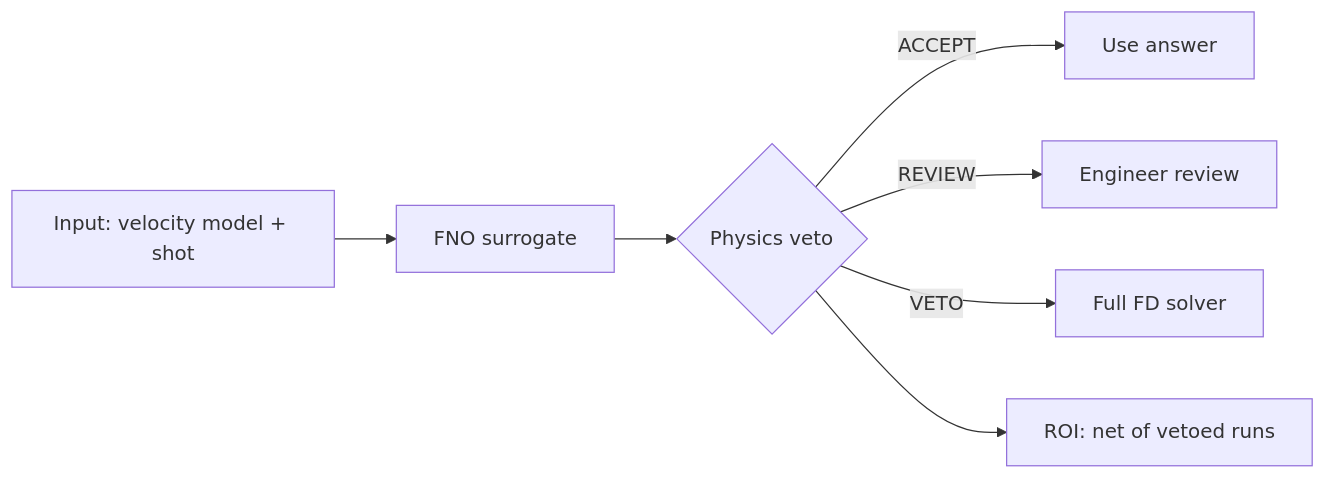
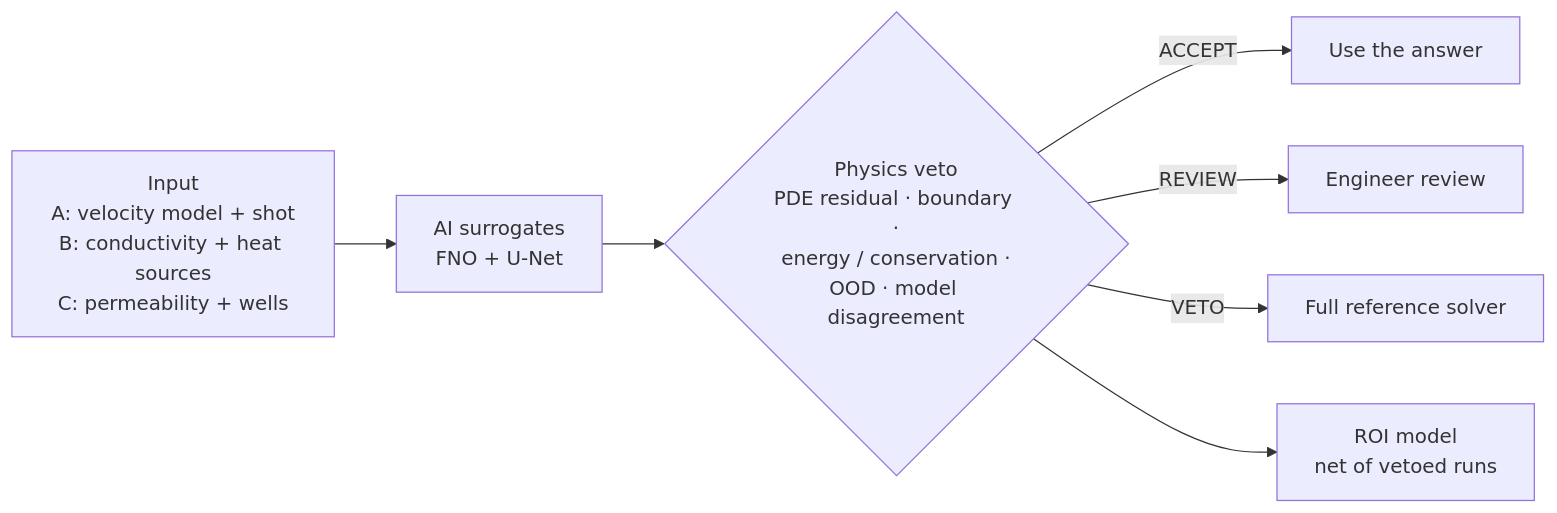
The diagram in README.md (hmoubarak72/2D-acoustic-wave-propagation_2D-steady-heat-conduction_2D-Darcy-flow), drawn with Mermaid before and after one commit. The commit also changed other lines of this file and 10 other files, not shown here.

````diff
--- a/README.md
+++ b/README.md
@@ -118,9 +120,9 @@
 ```mermaid
 flowchart LR
-    I[Input: velocity model + shot] --> M[FNO surrogate]
-    M --> V{Physics veto}
-    V -- ACCEPT --> U[Use answer]
-    V -- REVIEW --> E[Engineer review]
-    V -- VETO --> F[Full FD solver]
-    V --> R[ROI: net of vetoed runs]
+    I["Input<br/>A: velocity model + shot<br/>B: conductivity + heat sources<br/>C: permeability + wells"] --> M["AI surrogates<br/>FNO + U-Net"]
+    M --> V{"Physics veto<br/>PDE residual · boundary ·<br/>energy / conservation ·<br/>OOD · model disagreement"}
+    V -- "ACCEPT" --> U["Use the answer"]
+    V -- "REVIEW" --> E["Engineer review"]
+    V -- "VETO" --> F["Full reference solver"]
+    V --> R["ROI model<br/>net of vetoed runs"]
 ```
````
